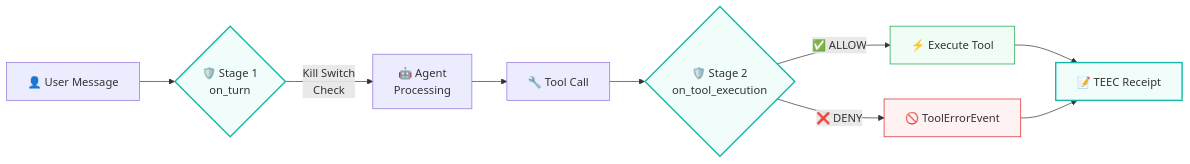
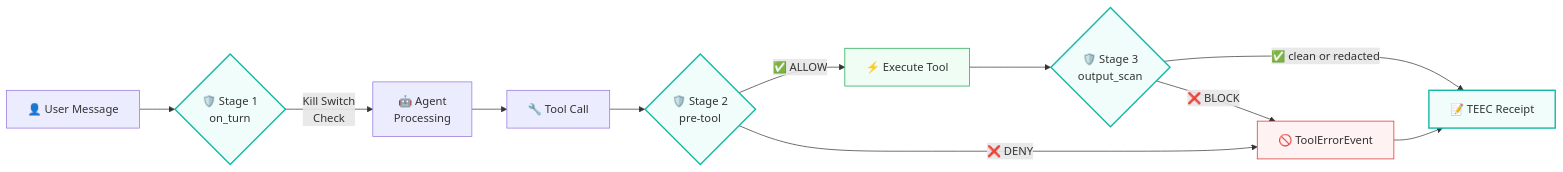
One commit to ag2ai/ag2 changed the first of 4 diagrams in website/docs/user-guide/extensions/tealtiger.mdx. Above: the diagram before and after it, drawn with Mermaid. The commit also changed other lines of this file and 5 other files, not shown here.

First line of the commit message:
feat(tealtiger): add output_scan governance policy (#3240)

````diff
--- a/website/docs/user-guide/extensions/tealtiger.mdx
+++ b/website/docs/user-guide/extensions/tealtiger.mdx
@@ -72,17 +73,20 @@
 ```mermaid
 flowchart LR
     A[👤 User Message] --> B{🛡️ Stage 1<br/>on_turn}
     B -->|Kill Switch<br/>Check| C[🤖 Agent<br/>Processing]
     C --> D[🔧 Tool Call]
-    D --> E{🛡️ Stage 2<br/>on_tool_execution}
+    D --> E{🛡️ Stage 2<br/>pre-tool}
     E -->|"✅ ALLOW"| F[⚡ Execute Tool]
     E -->|"❌ DENY"| G[🚫 ToolErrorEvent]
-    F --> H[📝 TEEC Receipt]
+    F --> I{🛡️ Stage 3<br/>output_scan}
+    I -->|"✅ clean or redacted"| H[📝 TEEC Receipt]
+    I -->|"❌ BLOCK"| G
     G --> H
 
     style B fill:#f0fdfa,stroke:#14b8a6,stroke-width:2px
     style E fill:#f0fdfa,stroke:#14b8a6,stroke-width:2px
+    style I fill:#f0fdfa,stroke:#14b8a6,stroke-width:2px
     style H fill:#f0fdfa,stroke:#14b8a6,stroke-width:2px
     style F fill:#f0fdf4,stroke:#16a34a
     style G fill:#fef2f2,stroke:#dc2626
 ```
````
